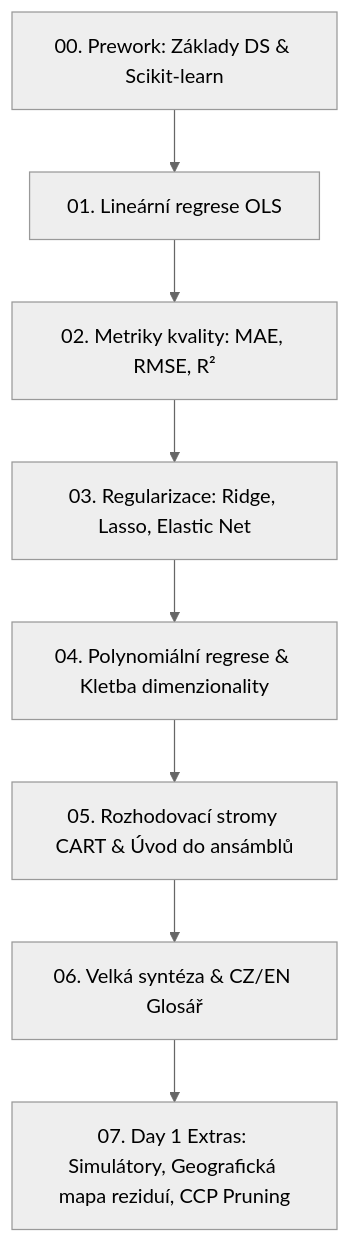
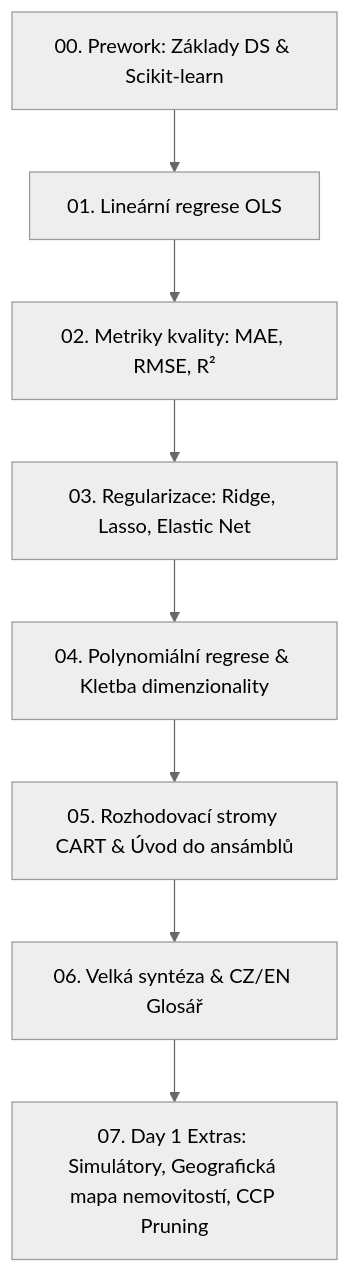
Before and after one commit to Kilitar/Coderslab-DataScience: the diagram in README.md, drawn with Mermaid (neutral theme). The commit also changed other lines of this file and 1 other file, not shown here.

Commit message:
docs(readme): replace academic jargon 'mapa reziduí' with natural Czech 'mapa nemovitostí'

````diff
--- a/README.md
+++ b/README.md
@@ -33,10 +33,10 @@
 ```mermaid
 flowchart TD
     A[00. Prework: Základy DS & Scikit-learn] --> B[01. Lineární regrese OLS]
     B --> C[02. Metriky kvality: MAE, RMSE, R²]
     C --> D[03. Regularizace: Ridge, Lasso, Elastic Net]
     D --> E[04. Polynomiální regrese & Kletba dimenzionality]
     E --> F[05. Rozhodovací stromy CART & Úvod do ansámblů]
     F --> G[06. Velká syntéza & CZ/EN Glosář]
-    G --> H[07. Day 1 Extras: Simulátory, Geografická mapa reziduí, CCP Pruning]
+    G --> H[07. Day 1 Extras: Simulátory, Geografická mapa nemovitostí, CCP Pruning]
 ```
````
